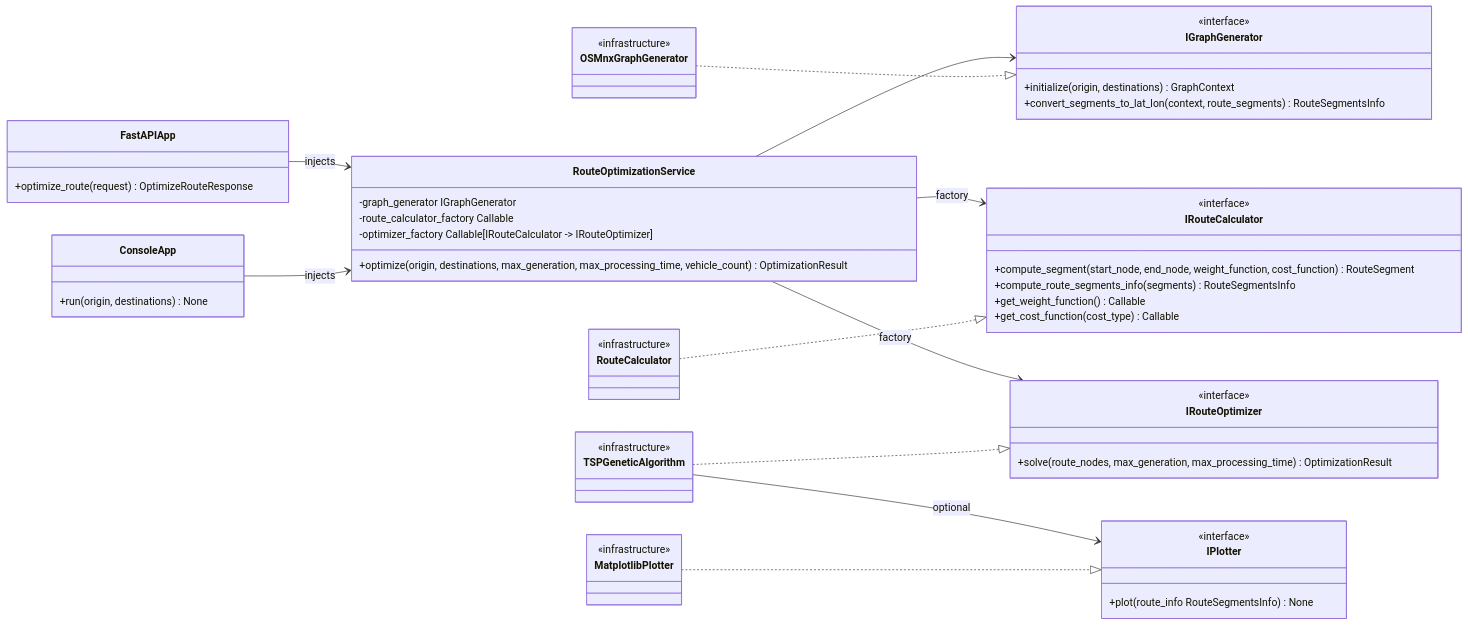
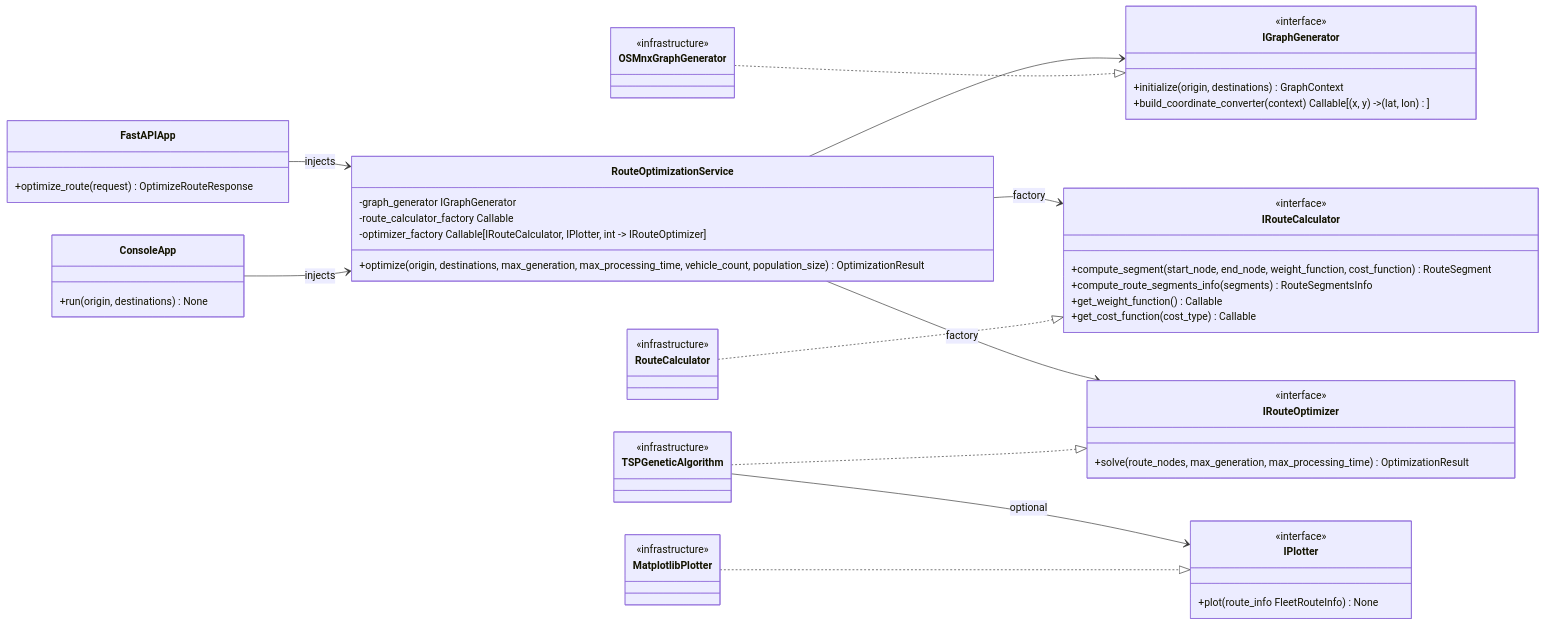
One commit to luizaaca/api_best_route changed the third of 3 diagrams in architecture.md. Above: the diagram before and after it, drawn with Mermaid. The commit also changed other lines of this file and 13 other files, not shown here.

First line of the commit message:
Refactor route optimization models and algorithms

````diff
--- a/architecture.md
+++ b/architecture.md
@@ -280,61 +300,61 @@
 ```mermaid
 classDiagram
     direction LR
 
     class IGraphGenerator {
         <<interface>>
         +initialize(origin, destinations) GraphContext
-        +convert_segments_to_lat_lon(context, route_segments) RouteSegmentsInfo
+        +build_coordinate_converter(context) Callable[(x, y) -> (lat, lon)]
     }
 
     class IRouteCalculator {
         <<interface>>
         +compute_segment(start_node, end_node, weight_function, cost_function) RouteSegment
         +compute_route_segments_info(segments) RouteSegmentsInfo
         +get_weight_function() Callable
         +get_cost_function(cost_type) Callable
     }
 
     class IRouteOptimizer {
         <<interface>>
         +solve(route_nodes, max_generation, max_processing_time) OptimizationResult
     }
 
     class IPlotter {
         <<interface>>
-        +plot(route_info RouteSegmentsInfo) None
+        +plot(route_info FleetRouteInfo) None
     }
 
     class OSMnxGraphGenerator { <<infrastructure>> }
     class RouteCalculator { <<infrastructure>> }
     class TSPGeneticAlgorithm { <<infrastructure>> }
     class MatplotlibPlotter { <<infrastructure>> }
 
     class RouteOptimizationService {
         -graph_generator IGraphGenerator
         -route_calculator_factory Callable
-        -optimizer_factory Callable[IRouteCalculator -> IRouteOptimizer]
-        +optimize(origin, destinations, max_generation, max_processing_time, vehicle_count) OptimizationResult
+        -optimizer_factory Callable[IRouteCalculator, IPlotter, int -> IRouteOptimizer]
+        +optimize(origin, destinations, max_generation, max_processing_time, vehicle_count, population_size) OptimizationResult
     }
 
     class FastAPIApp {
         +optimize_route(request) OptimizeRouteResponse
     }
 
     class ConsoleApp {
         +run(origin, destinations) None
     }
 
     RouteOptimizationService --> IGraphGenerator
     RouteOptimizationService --> IRouteCalculator : factory
     RouteOptimizationService --> IRouteOptimizer : factory
     TSPGeneticAlgorithm --> IPlotter : optional
 
     OSMnxGraphGenerator ..|> IGraphGenerator
     RouteCalculator ..|> IRouteCalculator
     TSPGeneticAlgorithm ..|> IRouteOptimizer
     MatplotlibPlotter ..|> IPlotter
 
     FastAPIApp --> RouteOptimizationService : injects
     ConsoleApp --> RouteOptimizationService : injects
 ```
````
